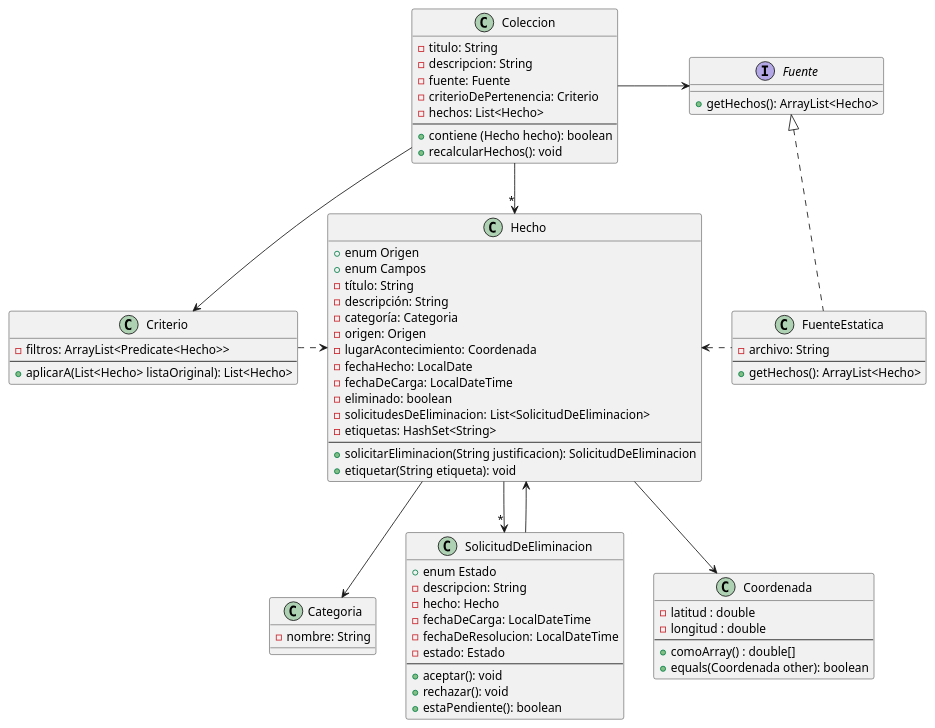
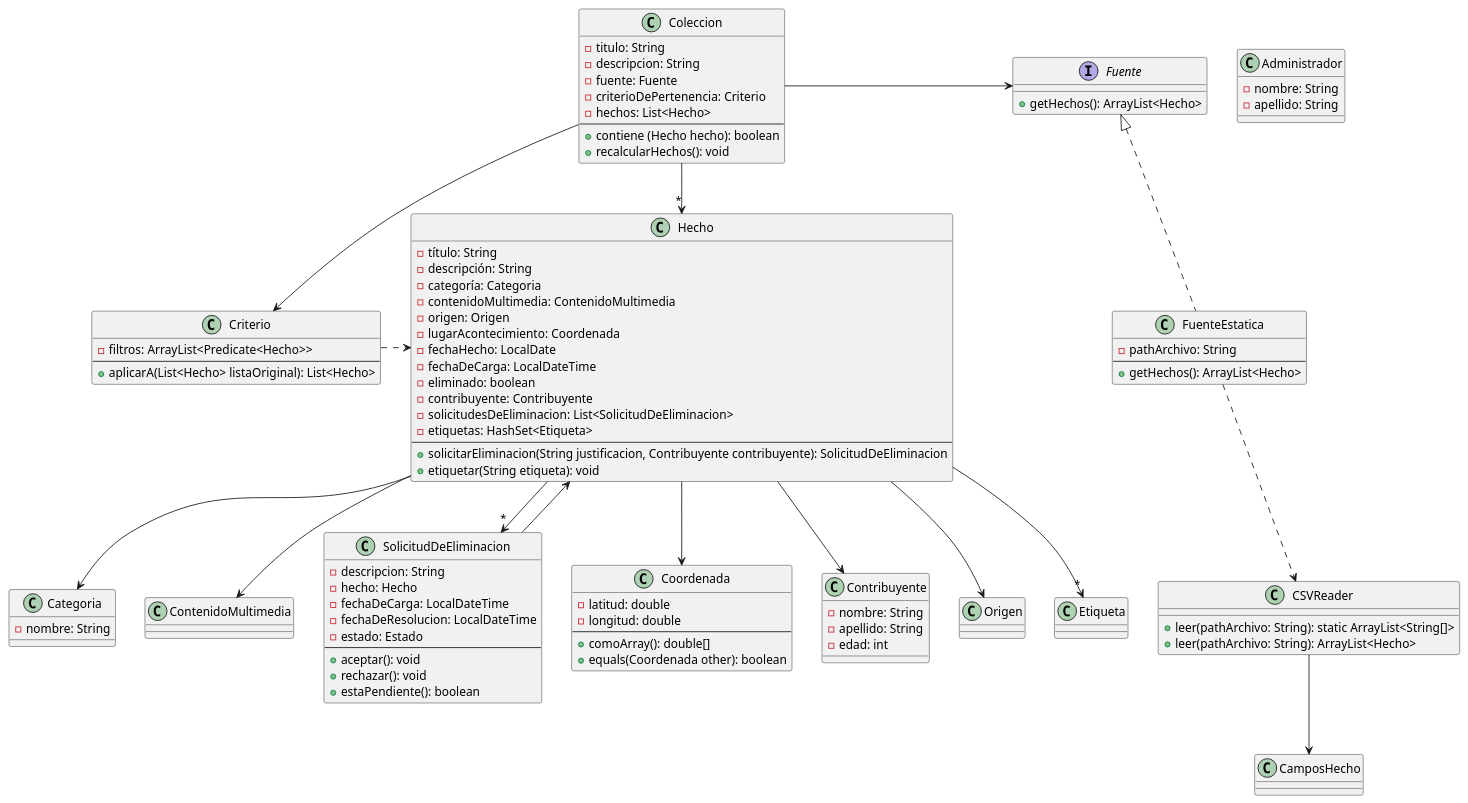
Before and after one commit to faustorod1/MetaMapa: the diagram in DiagDeClases.puml, drawn with PlantUML. The commit also changed 19 other files, not shown here.

```diff
--- a/DiagDeClases.puml
+++ b/DiagDeClases.puml
@@ -1,93 +1,120 @@
 @startuml
 
 class Hecho{
-+ enum Origen
-+ enum Campos
 - título: String
 - descripción: String
 - categoría: Categoria
+- contenidoMultimedia: ContenidoMultimedia
 - origen: Origen
 - lugarAcontecimiento: Coordenada
 - fechaHecho: LocalDate
 - fechaDeCarga: LocalDateTime
 - eliminado: boolean
+- contribuyente: Contribuyente
 - solicitudesDeEliminacion: List<SolicitudDeEliminacion>
-- etiquetas: HashSet<String>
+- etiquetas: HashSet<Etiqueta>
 --
-+ solicitarEliminacion(String justificacion): SolicitudDeEliminacion
++ solicitarEliminacion(String justificacion, Contribuyente contribuyente): SolicitudDeEliminacion
 + etiquetar(String etiqueta): void
 }
 
 class Categoria{
 - nombre: String
 }
 
 
 class Coleccion{
 - titulo: String
 - descripcion: String
 - fuente: Fuente
 - criterioDePertenencia: Criterio
 - hechos: List<Hecho>
 --
 + contiene (Hecho hecho): boolean
 + recalcularHechos(): void
 }
 
+class ContenidoMultimedia{}
+
 class Criterio{
 - filtros: ArrayList<Predicate<Hecho>>
 --
 + aplicarA(List<Hecho> listaOriginal): List<Hecho>
 }
 
 
 class SolicitudDeEliminacion{
-+ enum Estado
 - descripcion: String
 - hecho: Hecho
 - fechaDeCarga: LocalDateTime
 - fechaDeResolucion: LocalDateTime
 - estado: Estado
 --
 + aceptar(): void
 + rechazar(): void
 + estaPendiente(): boolean
 }
 
 interface Fuente{
 + getHechos(): ArrayList<Hecho>
 }
 
 class FuenteEstatica{
-- archivo: String
+- pathArchivo: String
 --
 + getHechos(): ArrayList<Hecho>
 }
 
 class Coordenada{
-- latitud : double
-- longitud : double
+- latitud: double
+- longitud: double
 --
-+ comoArray() : double[]
++ comoArray(): double[]
 + equals(Coordenada other): boolean
 }
+
+class Administrador{
+- nombre: String
+- apellido: String
+}
+
+class Contribuyente{
+- nombre: String
+- apellido: String
+- edad: int
+}
+
+class CSVReader{
+ + leer(pathArchivo: String): static ArrayList<String[]>
+ + leer(pathArchivo: String): ArrayList<Hecho>
+}
+
+
+
 
 
 
 Hecho --> Categoria
 Hecho --> Coordenada
 Hecho -->"*" SolicitudDeEliminacion
+Hecho --> ContenidoMultimedia
+Hecho --> Origen
+Hecho -->"*" Etiqueta
+Hecho --> Contribuyente
 
 Coleccion -r-> Fuente
 Coleccion --> Criterio
 Coleccion -->"*" Hecho
+
 
 Criterio .r.> Hecho
 
 SolicitudDeEliminacion --> Hecho
 
 FuenteEstatica .u.|> Fuente
-FuenteEstatica .l.> Hecho
+FuenteEstatica ..> CSVReader
+
+CSVReader --> CamposHecho
 
 
 @enduml
```
